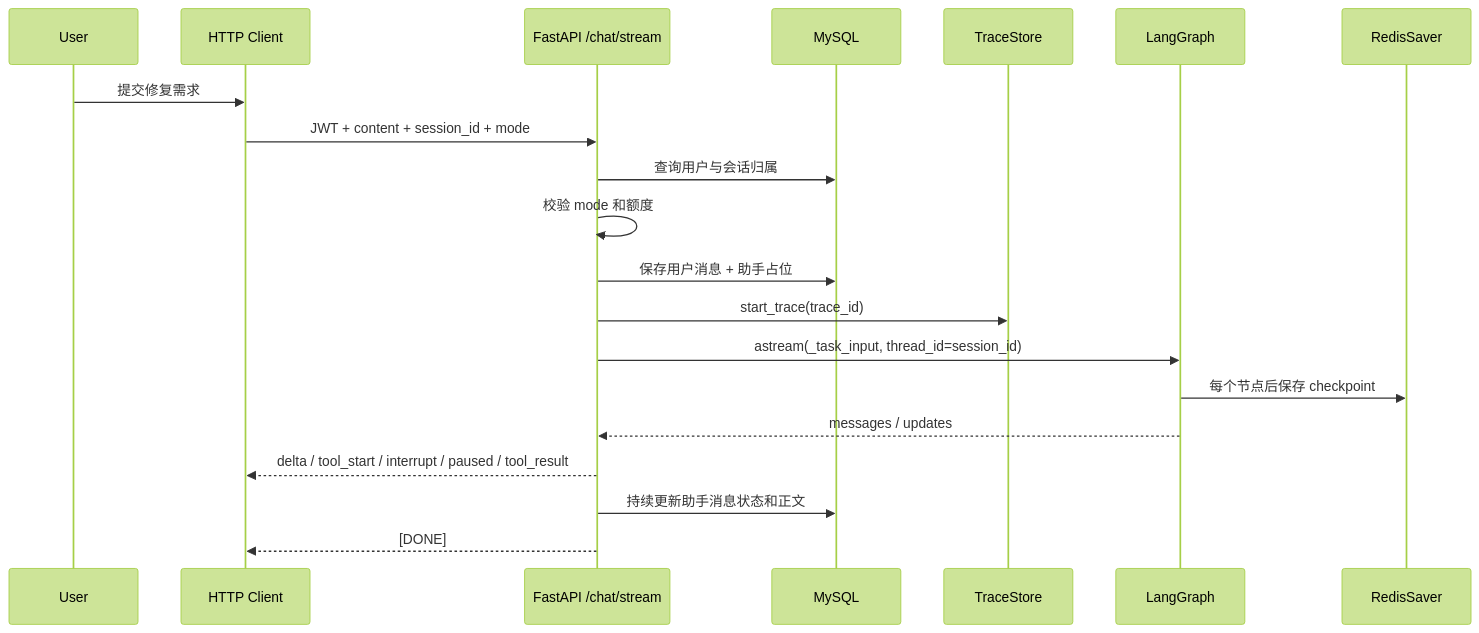
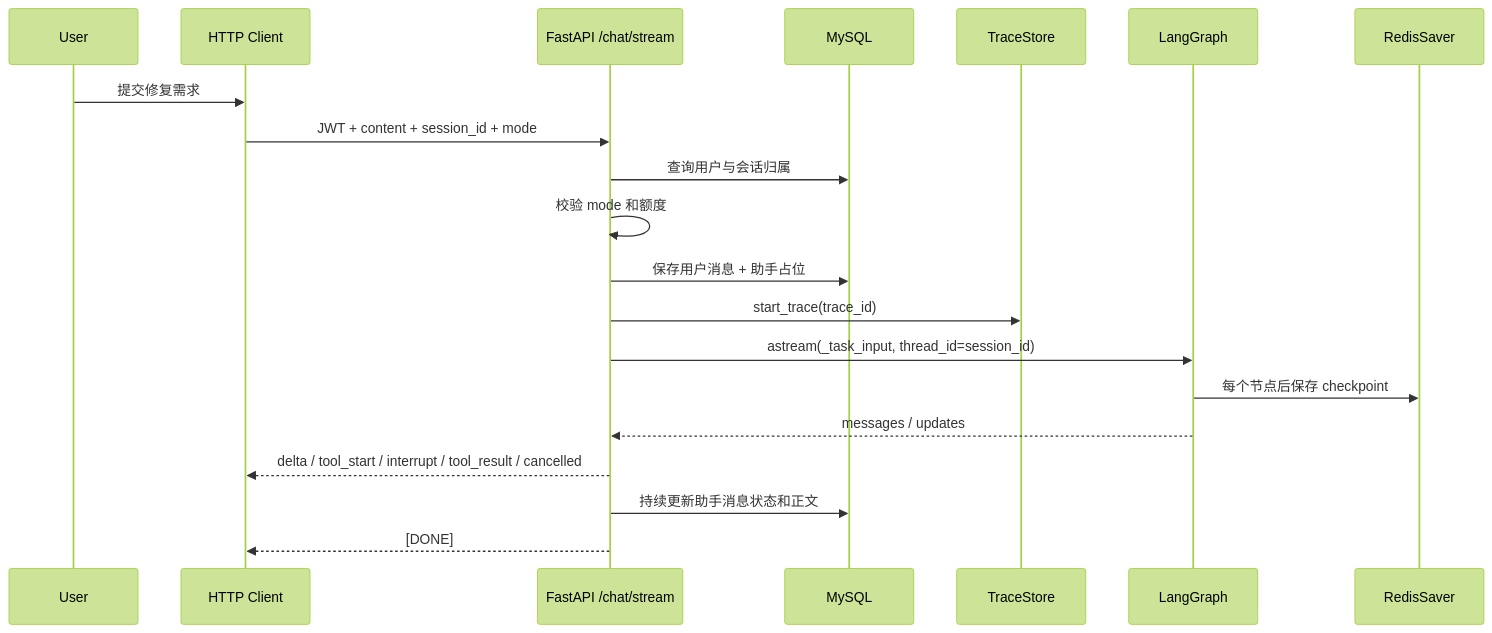
Before and after one commit to Gxh-aviliable/enterprise-controlled-coding-agent: the fifth of 10 diagrams in docs/PROJECT-WALKTHROUGH.md, drawn with Mermaid (forest theme). The commit also changed other lines of this file and 55 other files, not shown here.

````diff
--- a/docs/PROJECT-WALKTHROUGH.md
+++ b/docs/PROJECT-WALKTHROUGH.md
@@ -1930,23 +1929,23 @@
 ```mermaid
 sequenceDiagram
     participant U as User
     participant C as HTTP Client
     participant API as FastAPI /chat/stream
     participant DB as MySQL
     participant T as TraceStore
     participant G as LangGraph
     participant R as RedisSaver
 
     U->>C: 提交修复需求
     C->>API: JWT + content + session_id + mode
     API->>DB: 查询用户与会话归属
     API->>API: 校验 mode 和额度
     API->>DB: 保存用户消息 + 助手占位
     API->>T: start_trace(trace_id)
     API->>G: astream(_task_input, thread_id=session_id)
     G->>R: 每个节点后保存 checkpoint
     G-->>API: messages / updates
-    API-->>C: delta / tool_start / interrupt / paused / tool_result
+    API-->>C: delta / tool_start / interrupt / tool_result / cancelled
     API->>DB: 持续更新助手消息状态和正文
     API-->>C: [DONE]
 ```
````
